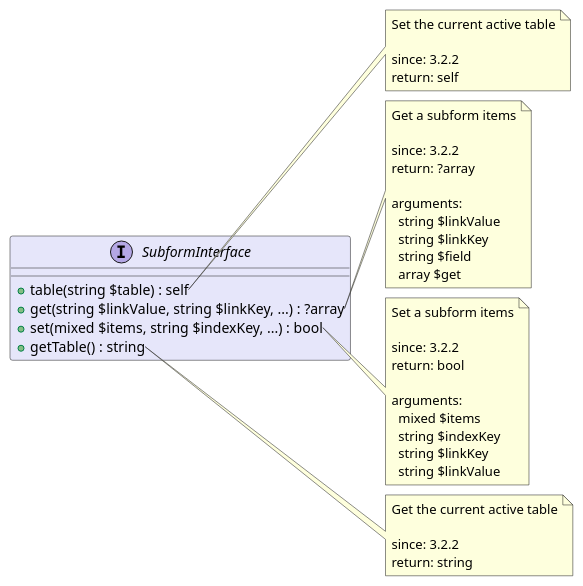
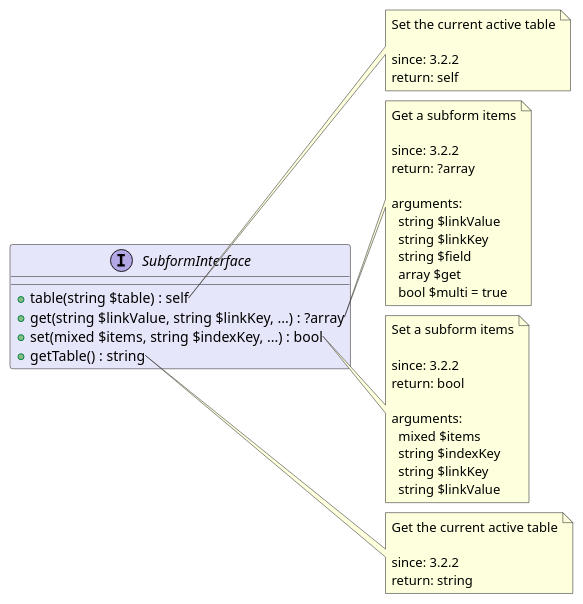
The diagram in src/34959721-415b-4b5e-8002-3d1fc84b3b2b/README.md (joomengine/super-powers), drawn with PlantUML before and after one commit. The commit also changed 11 other files, not shown here.

````diff
--- a/src/34959721-415b-4b5e-8002-3d1fc84b3b2b/README.md
+++ b/src/34959721-415b-4b5e-8002-3d1fc84b3b2b/README.md
@@ -12,51 +12,52 @@
 ```uml
 @startuml
 interface SubformInterface  #Lavender {
   + table(string $table) : self
   + get(string $linkValue, string $linkKey, ...) : ?array
   + set(mixed $items, string $indexKey, ...) : bool
   + getTable() : string
 }
 
 note right of SubformInterface::table
   Set the current active table
 
   since: 3.2.2
   return: self
 end note
 
 note right of SubformInterface::get
   Get a subform items
 
   since: 3.2.2
   return: ?array
   
   arguments:
     string $linkValue
     string $linkKey
     string $field
     array $get
+    bool $multi = true
 end note
 
 note right of SubformInterface::set
   Set a subform items
 
   since: 3.2.2
   return: bool
   
   arguments:
     mixed $items
     string $indexKey
     string $linkKey
     string $linkValue
 end note
 
 note right of SubformInterface::getTable
   Get the current active table
 
   since: 3.2.2
   return: string
 end note
  
 @enduml
 ```
````
